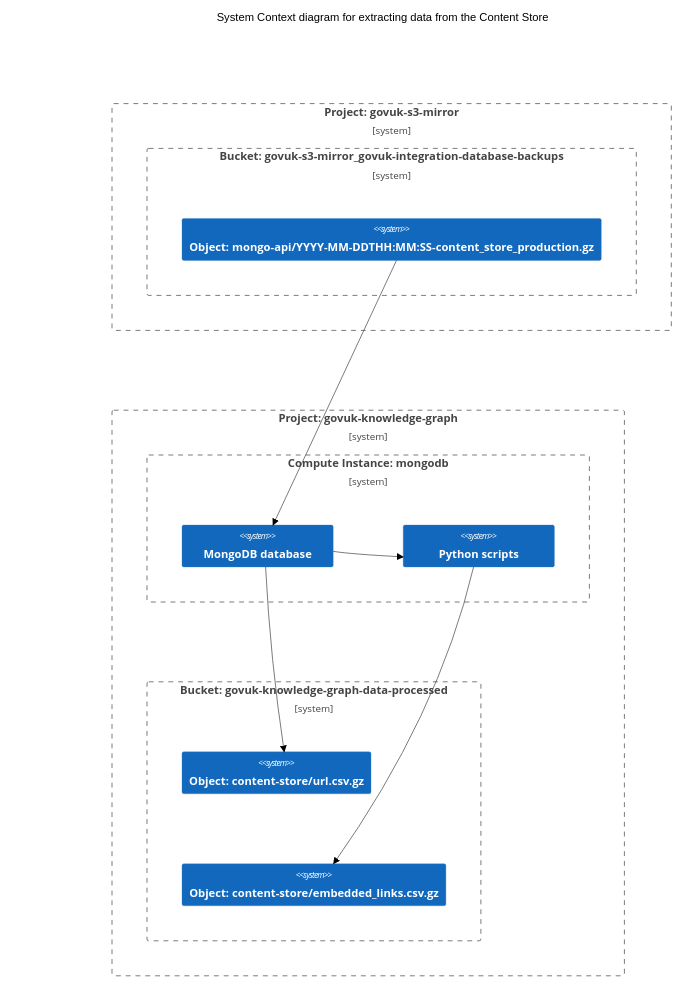
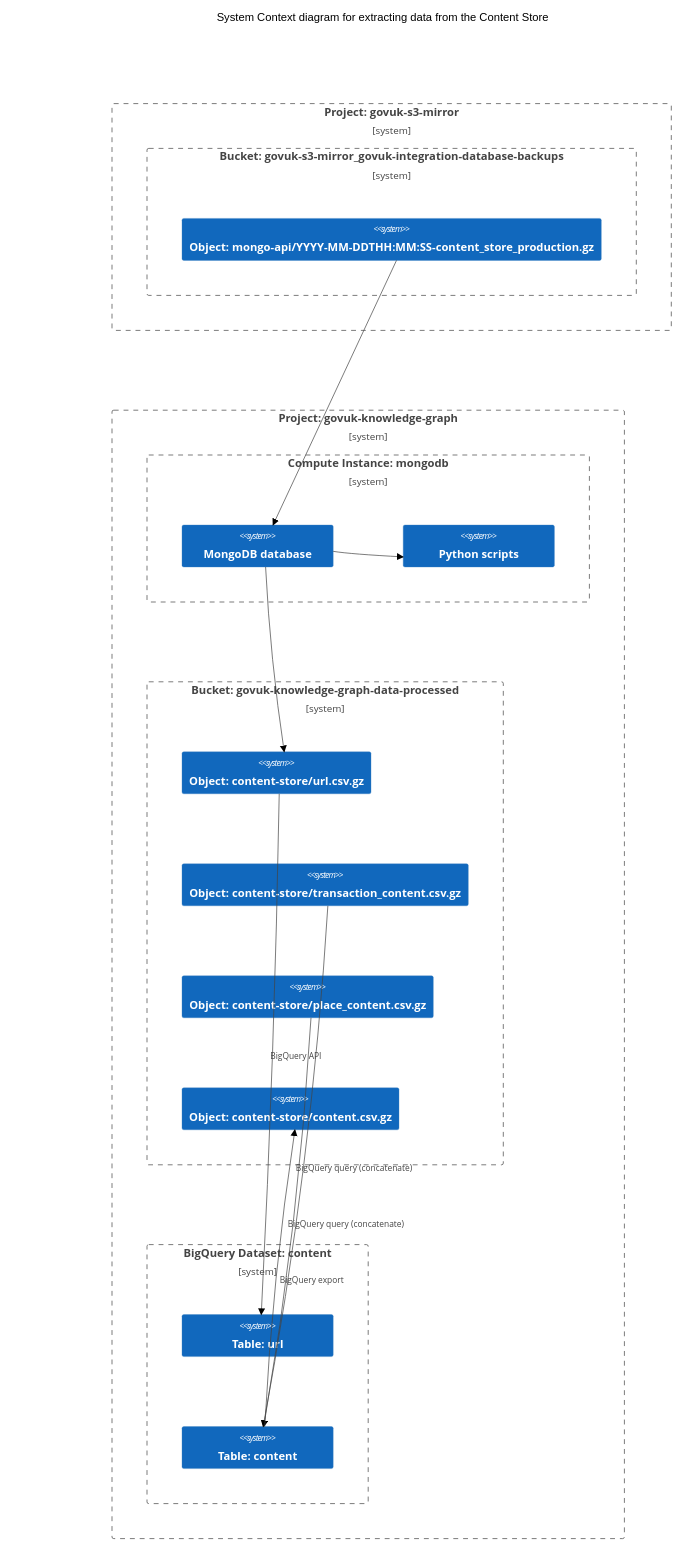
The diagram in source/images/querying-content-store-database.mmd (alphagov/data-community-tech-docs), drawn with Mermaid (forest theme) before and after one commit. The commit also changed 2 other files, not shown here.

```diff
--- a/source/images/querying-content-store-database.mmd
+++ b/source/images/querying-content-store-database.mmd
@@ -1,27 +1,37 @@
 C4Context
     title System Context diagram for extracting data from the Content Store
 
     Boundary(mirror, "Project: govuk-s3-mirror") {
         Boundary(bucket_mirror, "Bucket: govuk-s3-mirror_govuk-integration-database-backups") {
             System(backup_file, "Object: mongo-api/YYYY-MM-DDTHH:MM:SS-content_store_production.gz")
         }
     }
 
     Boundary(govuk-knowlege-graph, "Project: govuk-knowledge-graph") {
         Boundary(compute_instance, "Compute Instance: mongodb") {
             System(mongodb, "MongoDB database")
             System(python, "Python scripts")
         }
         Boundary(bucket_data_processed, "Bucket: govuk-knowledge-graph-data-processed") {
             System(url_csv_gz, "Object: content-store/url.csv.gz")
-            System(embedded_links_gz, "Object: content-store/embedded_links.csv.gz")
+            System(transaction_content_gz, "Object: content-store/transaction_content.csv.gz")
+            System(place_content_gz, "Object: content-store/place_content.csv.gz")
+            System(content_gz, "Object: content-store/content.csv.gz")
+        }
+        Boundary(dataset_content, "BigQuery Dataset: content") {
+            System(table_url, "Table: url")
+            System(content_table, "Table: content")
         }
     }
 
     Rel(backup_file, mongodb, "")
     Rel(mongodb, url_csv_gz, "")
     Rel(mongodb, python, "")
-    Rel(python, embedded_links_gz, "")
+    Rel(url_csv_gz, table_url, "BigQuery API")
+    Rel(transaction_content_gz, content_table, "BigQuery query (concatenate)")
+    Rel(place_content_gz, content_table, "BigQuery query (concatenate)")
+    Rel(content_table, content_gz, "BigQuery export")
+
 
 UpdateLayoutConfig($c4ShapeInRow="2", $c4BoundaryInRow="1")
 UpdateRelStyle(backup_file, mongodb, $offsetY="-30", $offsetX="20")
```
